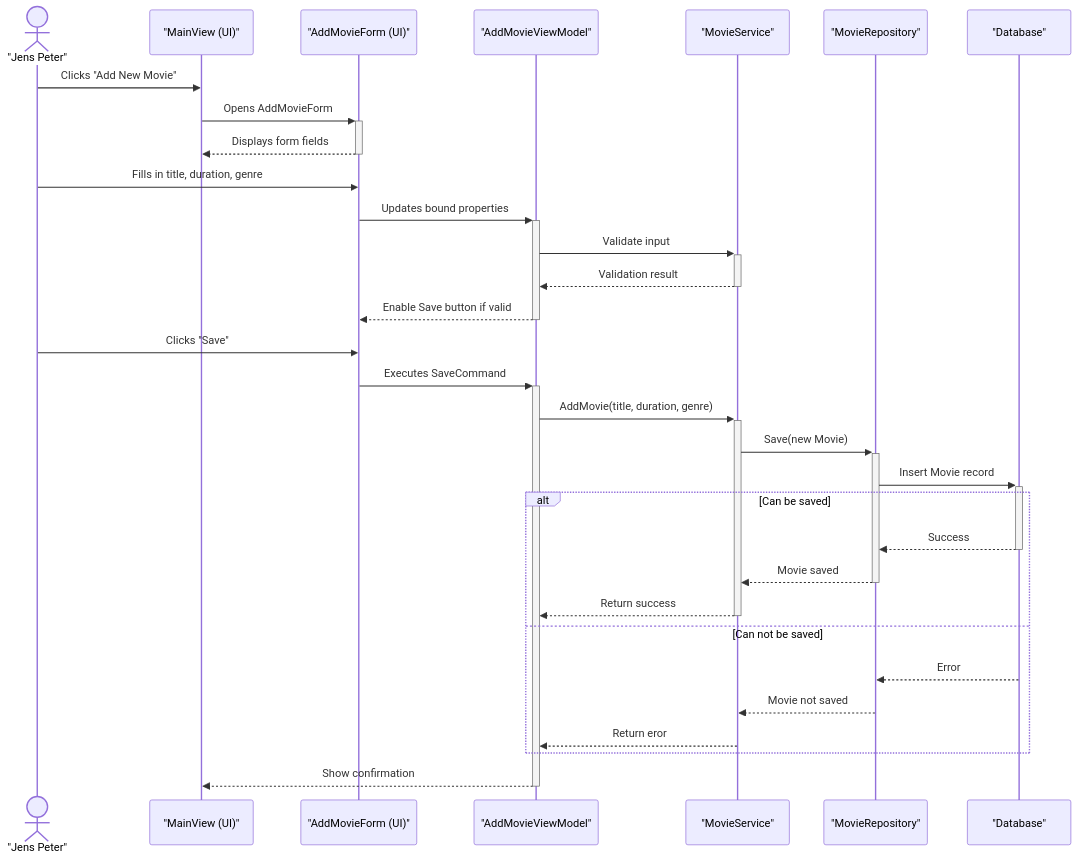
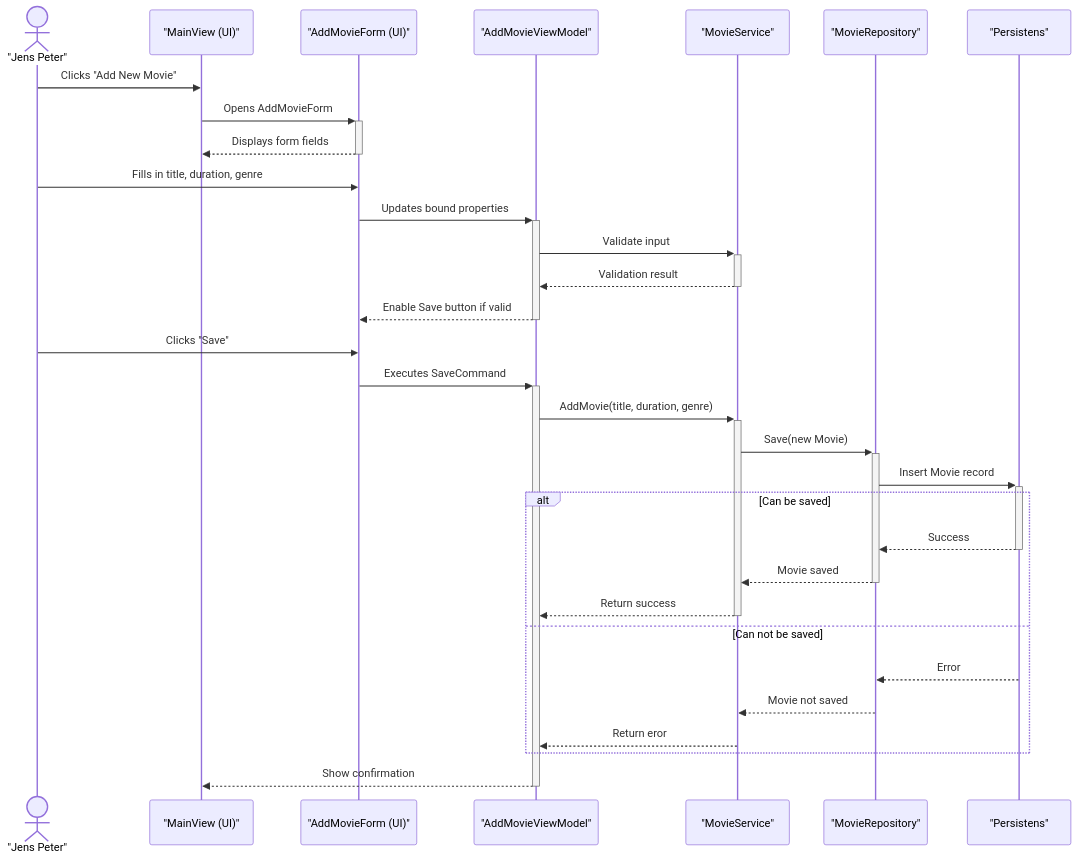
The diagram in docs/SD.mmd (DMOoF25/TheMovie), drawn with Mermaid before and after one commit.

Commit message:
Databae to persistents

```diff
--- a/docs/SD.mmd
+++ b/docs/SD.mmd
@@ -1,36 +1,36 @@
 sequenceDiagram
     actor JensPeter as "Jens Peter"
     participant UI as "MainView (UI)"
     participant Form as "AddMovieForm (UI)"
     participant VM as "AddMovieViewModel"
     participant Service as "MovieService"
     participant Repo as "MovieRepository"
-    participant DB as "Database"
+    participant DB as "Persistens"
 
     JensPeter->>UI: Clicks "Add New Movie"
     UI->>+Form: Opens AddMovieForm
     Form-->>-UI: Displays form fields
 
     JensPeter->>Form: Fills in title, duration, genre
     Form->>+VM: Updates bound properties
 
     VM->>+Service: Validate input
     Service-->>-VM: Validation result
     VM-->>-Form: Enable Save button if valid
 
     JensPeter->>Form: Clicks "Save"
     Form->>+VM: Executes SaveCommand
 
     VM->>+Service: AddMovie(title, duration, genre)
     Service->>+Repo: Save(new Movie)
     Repo->>+DB: Insert Movie record
     alt Can be saved
     DB-->>-Repo: Success
     Repo-->>-Service: Movie saved
     Service-->>-VM: Return success
     else Can not be saved
     DB-->>Repo: Error
     Repo-->>Service: Movie not saved
     Service-->>VM: Return eror
     end
     VM-->>-UI: Show confirmation
```
